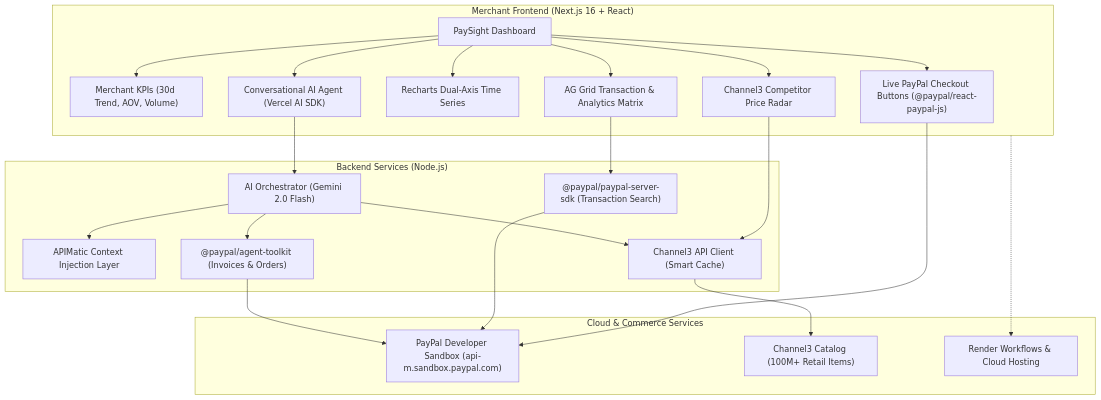
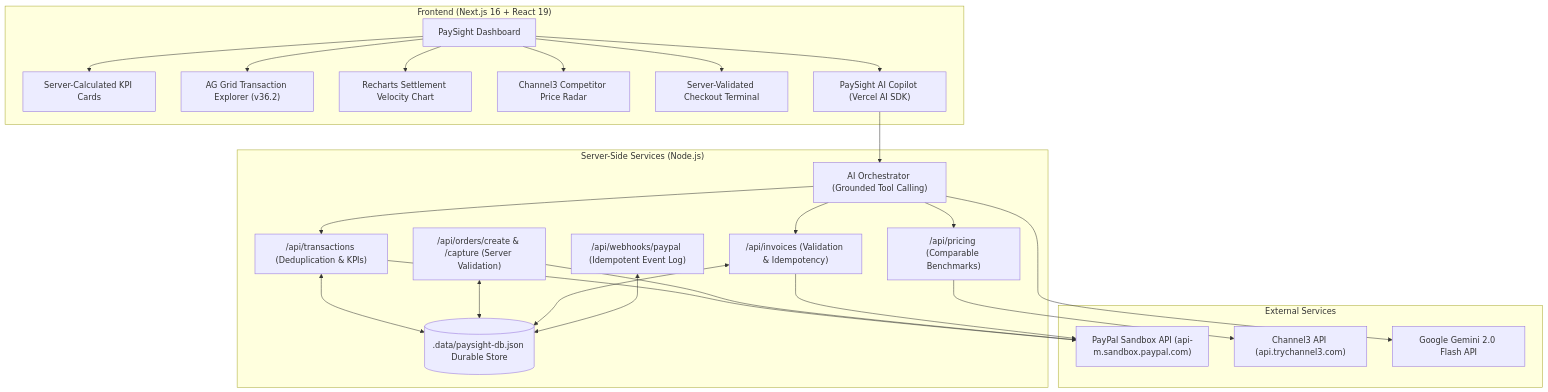
Before and after one commit to yugomania/ai-interface: the diagram in README.md, drawn with Mermaid. The commit also changed other lines of this file and 33 other files, not shown here.

First line of the commit message:
feat: audit, improve, and simplify merchant dashboard with grounded PayPal & AI workflow

````diff
--- a/README.md
+++ b/README.md
@@ -18,36 +22,37 @@
 ```mermaid
 flowchart TD
-    subgraph Client["Merchant Frontend (Next.js 16 + React)"]
+    subgraph Client["Frontend (Next.js 16 + React 19)"]
         UI["PaySight Dashboard"]
-        KPI["Merchant KPIs (30d Trend, AOV, Volume)"]
-        GRID["AG Grid Transaction & Analytics Matrix"]
-        CHART["Recharts Dual-Axis Time Series"]
-        COMP["Channel3 Competitor Price Radar"]
-        CHECKOUT["Live PayPal Checkout Buttons (@paypal/react-paypal-js)"]
-        CHAT["Conversational AI Agent (Vercel AI SDK)"]
+        KPI["Server-Calculated KPI Cards"]
+        GRID["AG Grid Transaction Explorer (v36.2)"]
+        CHART["Recharts Settlement Velocity Chart"]
+        RADAR["Channel3 Competitor Price Radar"]
+        TERM["Server-Validated Checkout Terminal"]
+        COPILOT["PaySight AI Copilot (Vercel AI SDK)"]
     end
 
-    subgraph Server["Backend Services (Node.js)"]
-        ORCH["AI Orchestrator (Gemini 2.0 Flash)"]
-        APIMATIC["APIMatic Context Injection Layer"]
-        PP_SDK["@paypal/paypal-server-sdk (Transaction Search)"]
-        PP_AGENT["@paypal/agent-toolkit (Invoices & Orders)"]
-        C3_CLIENT["Channel3 API Client (Smart Cache)"]
+    subgraph Server["Server-Side Services (Node.js)"]
+        API_TXN["/api/transactions (Deduplication & KPIs)"]
+        API_ORD["/api/orders/create & /capture (Server Validation)"]
+        API_INV["/api/invoices (Validation & Idempotency)"]
+        API_WH["/api/webhooks/paypal (Idempotent Event Log)"]
+        API_C3["/api/pricing (Comparable Benchmarks)"]
+        ORCH["AI Orchestrator (Grounded Tool Calling)"]
+        STORE[(".data/paysight-db.json Durable Store")]
     end
 
-    subgraph External["Cloud & Commerce Services"]
-        PP_SANDBOX["PayPal Developer Sandbox (api-m.sandbox.paypal.com)"]
-        C3_DB["Channel3 Catalog (100M+ Retail Items)"]
-        RENDER_SVC["Render Workflows & Cloud Hosting"]
+    subgraph External["External Services"]
+        PP_SANDBOX["PayPal Sandbox API (api-m.sandbox.paypal.com)"]
+        C3_API["Channel3 API (api.trychannel3.com)"]
+        GEMINI["Google Gemini 2.0 Flash API"]
     end
 
-    UI --> KPI & GRID & CHART & COMP & CHECKOUT & CHAT
-    CHAT --> ORCH
-    ORCH --> APIMATIC
-    ORCH --> PP_AGENT --> PP_SANDBOX
-    ORCH --> C3_CLIENT --> C3_DB
-    GRID --> PP_SDK --> PP_SANDBOX
-    COMP --> C3_CLIENT
-    CHECKOUT --> PP_SANDBOX
-    Client -.-> RENDER_SVC
+    UI --> KPI & GRID & CHART & RADAR & TERM & COPILOT
+    API_TXN & API_ORD & API_INV & API_WH <--> STORE
+    API_TXN --> PP_SANDBOX
+    API_ORD --> PP_SANDBOX
+    API_INV --> PP_SANDBOX
+    API_C3 --> C3_API
+    COPILOT --> ORCH --> GEMINI
+    ORCH --> API_TXN & API_C3 & API_INV
 ```
````
